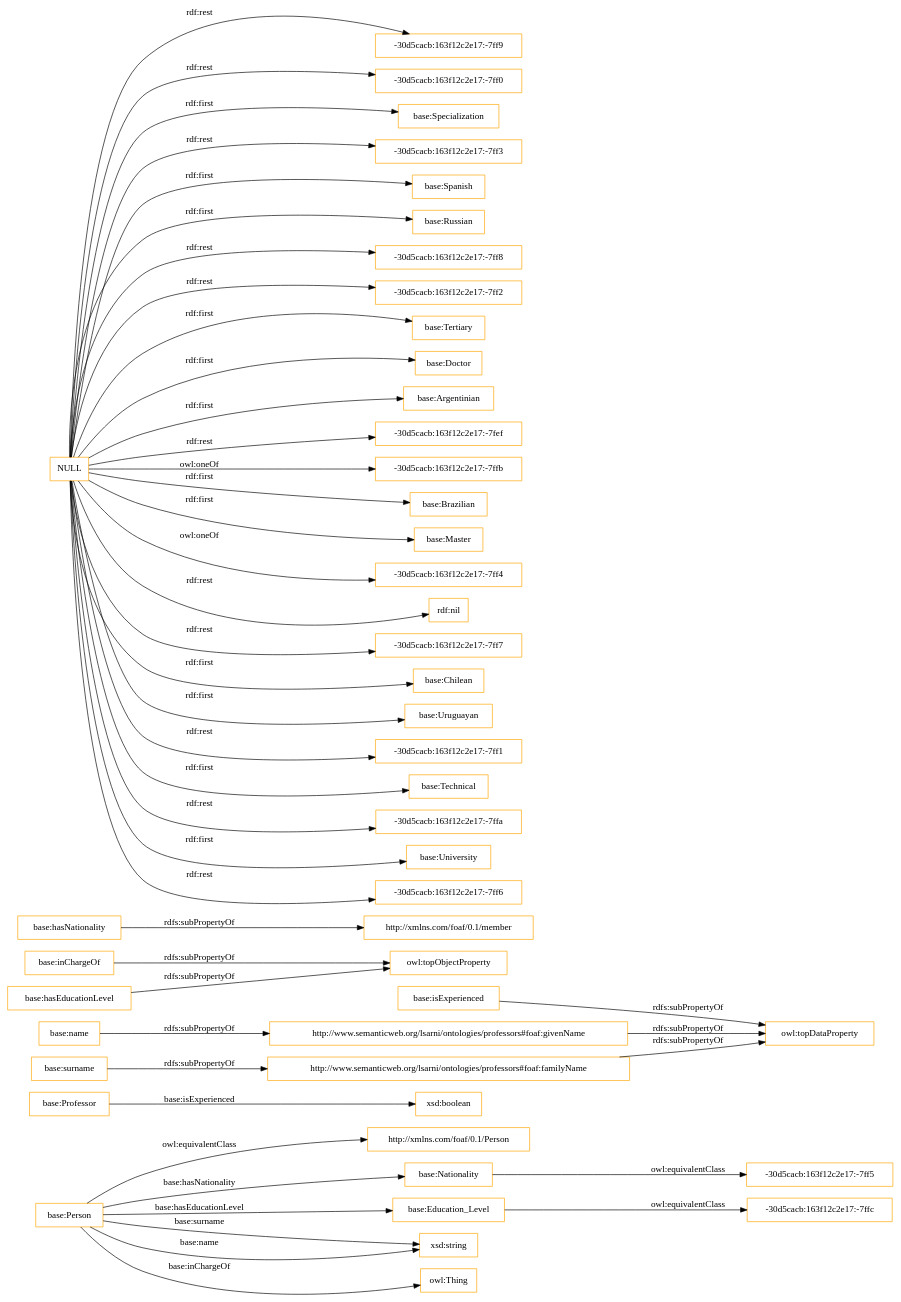
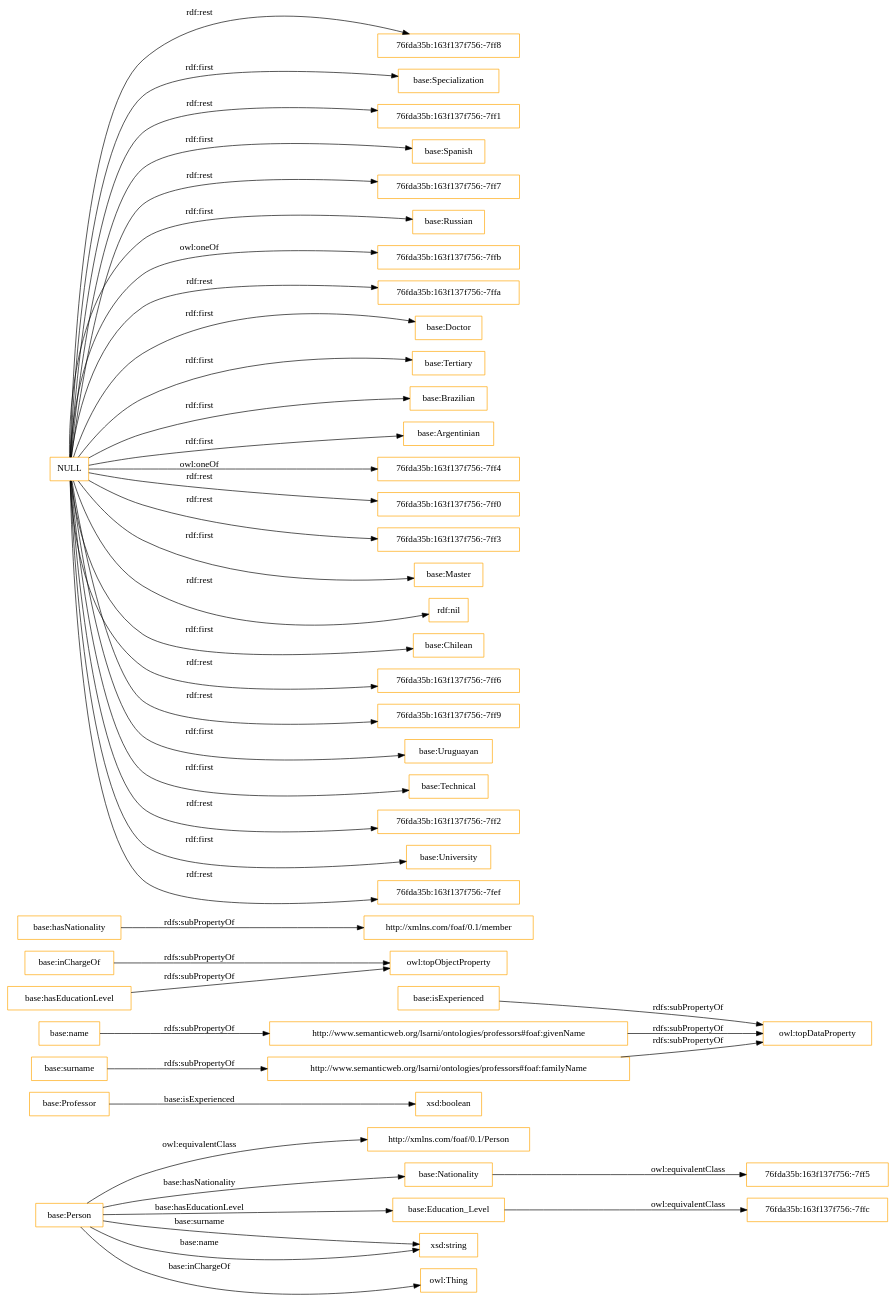
Before and after one commit to lsarni/OntoCIS: the diagram in OnToology/professors.owl/diagrams/ar2dtool-class/professors.owl.png.dot, drawn with Graphviz. The commit also changed 2 other files, not shown here.

```diff
--- a/OnToology/professors.owl/diagrams/ar2dtool-class/professors.owl.png.dot
+++ b/OnToology/professors.owl/diagrams/ar2dtool-class/professors.owl.png.dot
@@ -1,48 +1,48 @@
 digraph ar2dtool_diagram { 
 rankdir=LR;
 size="1501"
-node [shape = rectangle, color="orange"]; "http://xmlns.com/foaf/0.1/Person" "base:Professor" "base:Person" "-30d5cacb:163f12c2e17:-7ff5" "base:Nationality" "-30d5cacb:163f12c2e17:-7ffc" "base:Education_Level" ; /*classes style*/
+node [shape = rectangle, color="orange"]; "http://xmlns.com/foaf/0.1/Person" "base:Professor" "base:Person" "76fda35b:163f137f756:-7ff5" "base:Nationality" "76fda35b:163f137f756:-7ffc" "base:Education_Level" ; /*classes style*/
 	"http://www.semanticweb.org/lsarni/ontologies/professors#foaf:familyName" -> "owl:topDataProperty" [ label = "rdfs:subPropertyOf" ];
 	"base:inChargeOf" -> "owl:topObjectProperty" [ label = "rdfs:subPropertyOf" ];
 	"base:hasEducationLevel" -> "owl:topObjectProperty" [ label = "rdfs:subPropertyOf" ];
 	"base:surname" -> "http://www.semanticweb.org/lsarni/ontologies/professors#foaf:familyName" [ label = "rdfs:subPropertyOf" ];
 	"base:isExperienced" -> "owl:topDataProperty" [ label = "rdfs:subPropertyOf" ];
 	"base:name" -> "http://www.semanticweb.org/lsarni/ontologies/professors#foaf:givenName" [ label = "rdfs:subPropertyOf" ];
 	"base:hasNationality" -> "http://xmlns.com/foaf/0.1/member" [ label = "rdfs:subPropertyOf" ];
 	"base:Person" -> "http://xmlns.com/foaf/0.1/Person" [ label = "owl:equivalentClass" ];
-	"base:Education_Level" -> "-30d5cacb:163f12c2e17:-7ffc" [ label = "owl:equivalentClass" ];
+	"base:Education_Level" -> "76fda35b:163f137f756:-7ffc" [ label = "owl:equivalentClass" ];
 	"http://www.semanticweb.org/lsarni/ontologies/professors#foaf:givenName" -> "owl:topDataProperty" [ label = "rdfs:subPropertyOf" ];
-	"NULL" -> "-30d5cacb:163f12c2e17:-7ff9" [ label = "rdf:rest" ];
-	"NULL" -> "-30d5cacb:163f12c2e17:-7ff0" [ label = "rdf:rest" ];
+	"NULL" -> "76fda35b:163f137f756:-7ff8" [ label = "rdf:rest" ];
 	"NULL" -> "base:Specialization" [ label = "rdf:first" ];
-	"NULL" -> "-30d5cacb:163f12c2e17:-7ff3" [ label = "rdf:rest" ];
+	"NULL" -> "76fda35b:163f137f756:-7ff1" [ label = "rdf:rest" ];
 	"NULL" -> "base:Spanish" [ label = "rdf:first" ];
+	"NULL" -> "76fda35b:163f137f756:-7ff7" [ label = "rdf:rest" ];
 	"NULL" -> "base:Russian" [ label = "rdf:first" ];
-	"NULL" -> "-30d5cacb:163f12c2e17:-7ff8" [ label = "rdf:rest" ];
-	"NULL" -> "-30d5cacb:163f12c2e17:-7ff2" [ label = "rdf:rest" ];
+	"NULL" -> "76fda35b:163f137f756:-7ffb" [ label = "owl:oneOf" ];
+	"NULL" -> "76fda35b:163f137f756:-7ffa" [ label = "rdf:rest" ];
+	"NULL" -> "base:Doctor" [ label = "rdf:first" ];
 	"NULL" -> "base:Tertiary" [ label = "rdf:first" ];
-	"NULL" -> "base:Doctor" [ label = "rdf:first" ];
+	"NULL" -> "base:Brazilian" [ label = "rdf:first" ];
 	"NULL" -> "base:Argentinian" [ label = "rdf:first" ];
-	"NULL" -> "-30d5cacb:163f12c2e17:-7fef" [ label = "rdf:rest" ];
-	"NULL" -> "-30d5cacb:163f12c2e17:-7ffb" [ label = "owl:oneOf" ];
-	"NULL" -> "base:Brazilian" [ label = "rdf:first" ];
+	"NULL" -> "76fda35b:163f137f756:-7ff4" [ label = "owl:oneOf" ];
+	"NULL" -> "76fda35b:163f137f756:-7ff0" [ label = "rdf:rest" ];
+	"NULL" -> "76fda35b:163f137f756:-7ff3" [ label = "rdf:rest" ];
 	"NULL" -> "base:Master" [ label = "rdf:first" ];
-	"NULL" -> "-30d5cacb:163f12c2e17:-7ff4" [ label = "owl:oneOf" ];
 	"NULL" -> "rdf:nil" [ label = "rdf:rest" ];
-	"NULL" -> "-30d5cacb:163f12c2e17:-7ff7" [ label = "rdf:rest" ];
 	"NULL" -> "base:Chilean" [ label = "rdf:first" ];
+	"NULL" -> "76fda35b:163f137f756:-7ff6" [ label = "rdf:rest" ];
+	"NULL" -> "76fda35b:163f137f756:-7ff9" [ label = "rdf:rest" ];
 	"NULL" -> "base:Uruguayan" [ label = "rdf:first" ];
-	"NULL" -> "-30d5cacb:163f12c2e17:-7ff1" [ label = "rdf:rest" ];
 	"NULL" -> "base:Technical" [ label = "rdf:first" ];
-	"NULL" -> "-30d5cacb:163f12c2e17:-7ffa" [ label = "rdf:rest" ];
+	"NULL" -> "76fda35b:163f137f756:-7ff2" [ label = "rdf:rest" ];
 	"NULL" -> "base:University" [ label = "rdf:first" ];
-	"NULL" -> "-30d5cacb:163f12c2e17:-7ff6" [ label = "rdf:rest" ];
-	"base:Nationality" -> "-30d5cacb:163f12c2e17:-7ff5" [ label = "owl:equivalentClass" ];
+	"NULL" -> "76fda35b:163f137f756:-7fef" [ label = "rdf:rest" ];
+	"base:Nationality" -> "76fda35b:163f137f756:-7ff5" [ label = "owl:equivalentClass" ];
 	"base:Person" -> "xsd:string" [ label = "base:surname" ];
 	"base:Person" -> "owl:Thing" [ label = "base:inChargeOf" ];
 	"base:Person" -> "xsd:string" [ label = "base:name" ];
 	"base:Person" -> "base:Education_Level" [ label = "base:hasEducationLevel" ];
 	"base:Professor" -> "xsd:boolean" [ label = "base:isExperienced" ];
 	"base:Person" -> "base:Nationality" [ label = "base:hasNationality" ];
 
 }
```
